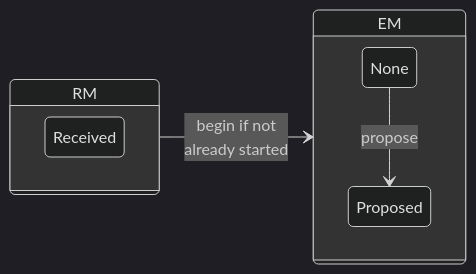
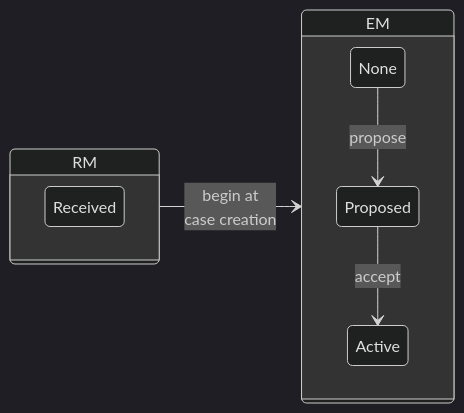
One commit to CERTCC/Vultron changed the first of 11 diagrams in docs/topics/process_models/model_interactions/rm_em.md. Above: the diagram before and after it, drawn with Mermaid (dark theme). The commit also changed other lines of this file and 15 other files, not shown here.

````diff
--- a/docs/topics/process_models/model_interactions/rm_em.md
+++ b/docs/topics/process_models/model_interactions/rm_em.md
@@ -56,11 +59,12 @@
 ```mermaid
 stateDiagram-v2
     direction LR
     state RM {
         Received
     }
     state EM {
         None --> Proposed : propose
+        Proposed --> Active : accept
     }
-    RM --> EM : begin if not<br/>already started
+    RM --> EM : begin at<br/>case creation
 ```
````
